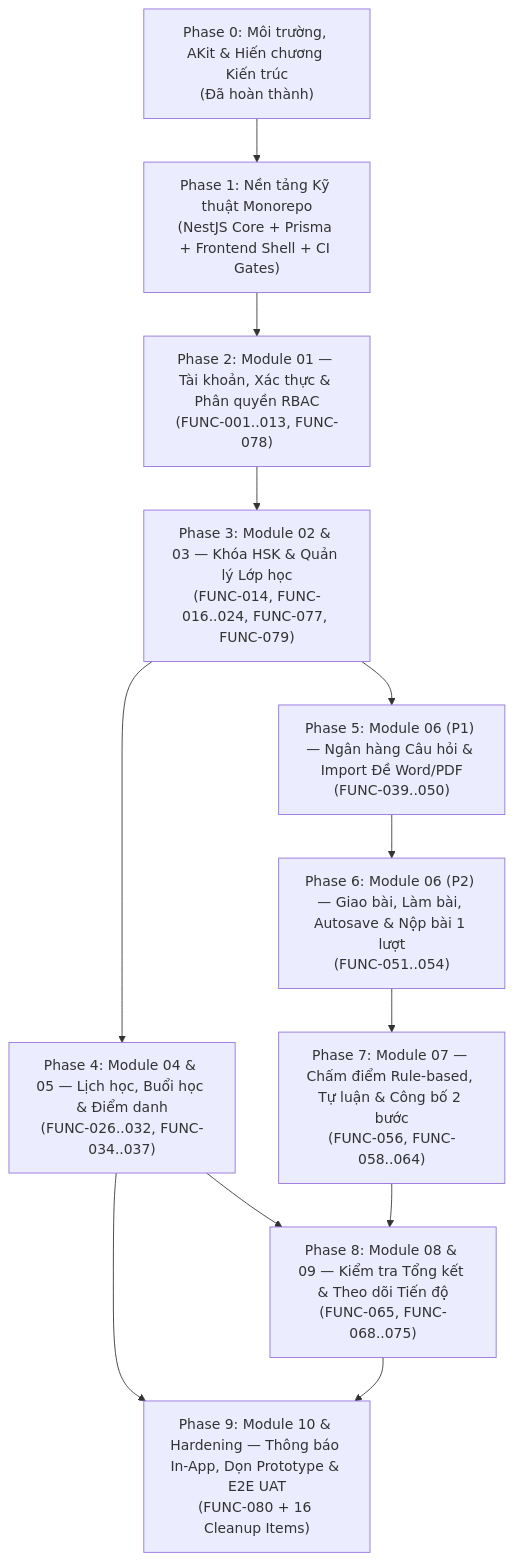
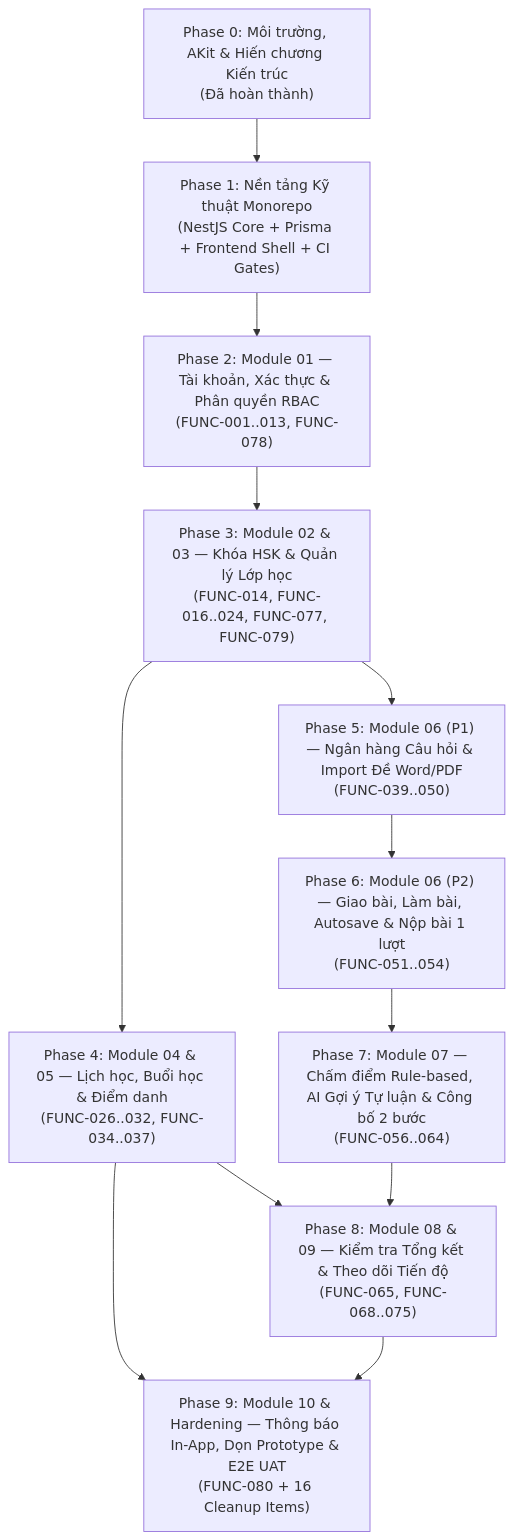
One commit to luongviettienns/WebEdu changed the diagram in MASTER_PLAN.md. Above: the diagram before and after it, drawn with Mermaid. The commit also changed other lines of this file and 87 other files, not shown here.

Commit message:
feat(phase-07): implement rule-based grading, dynamic AI essay grading, 2-step publication, zero-leak gate & non-tech UX polish

````diff
--- a/MASTER_PLAN.md
+++ b/MASTER_PLAN.md
@@ -27,14 +27,14 @@
 ```mermaid
 flowchart TD
     P0["Phase 0: Môi trường, AKit & Hiến chương Kiến trúc\n(Đã hoàn thành)"] --> P1["Phase 1: Nền tảng Kỹ thuật Monorepo\n(NestJS Core + Prisma + Frontend Shell + CI Gates)"]
     P1 --> P2["Phase 2: Module 01 — Tài khoản, Xác thực & Phân quyền RBAC\n(FUNC-001..013, FUNC-078)"]
     P2 --> P3["Phase 3: Module 02 & 03 — Khóa HSK & Quản lý Lớp học\n(FUNC-014, FUNC-016..024, FUNC-077, FUNC-079)"]
     P3 --> P4["Phase 4: Module 04 & 05 — Lịch học, Buổi học & Điểm danh\n(FUNC-026..032, FUNC-034..037)"]
     P3 --> P5["Phase 5: Module 06 (P1) — Ngân hàng Câu hỏi & Import Đề Word/PDF\n(FUNC-039..050)"]
     P5 --> P6["Phase 6: Module 06 (P2) — Giao bài, Làm bài, Autosave & Nộp bài 1 lượt\n(FUNC-051..054)"]
-    P6 --> P7["Phase 7: Module 07 — Chấm điểm Rule-based, Tự luận & Công bố 2 bước\n(FUNC-056, FUNC-058..064)"]
+    P6 --> P7["Phase 7: Module 07 — Chấm điểm Rule-based, AI Gợi ý Tự luận & Công bố 2 bước\n(FUNC-056..064)"]
     P4 --> P8["Phase 8: Module 08 & 09 — Kiểm tra Tổng kết & Theo dõi Tiến độ\n(FUNC-065, FUNC-068..075)"]
     P7 --> P8
     P4 --> P9["Phase 9: Module 10 & Hardening — Thông báo In-App, Dọn Prototype & E2E UAT\n(FUNC-080 + 16 Cleanup Items)"]
     P8 --> P9
 ```
````
